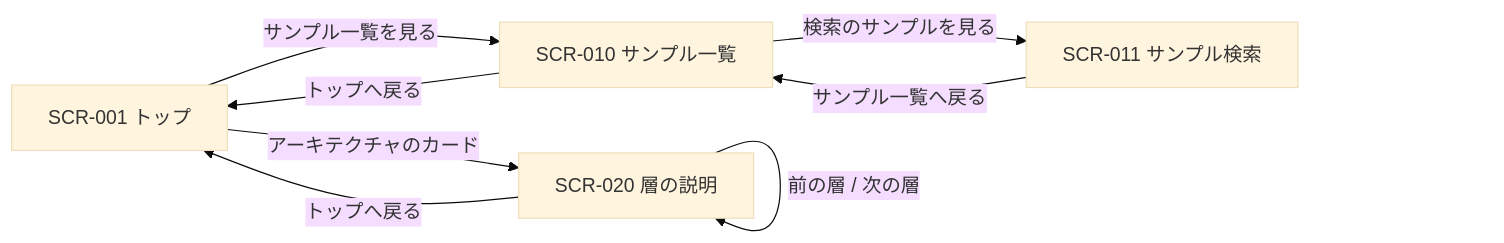
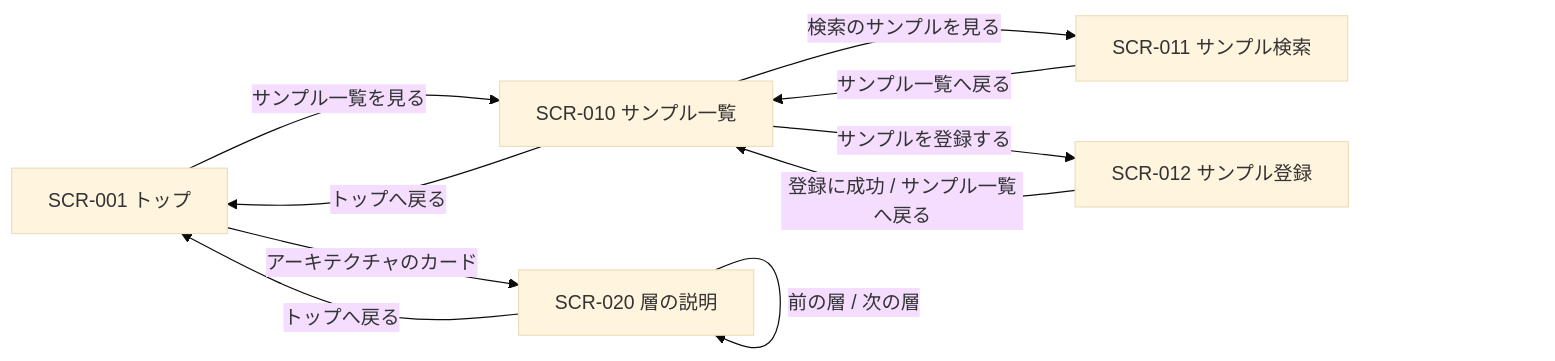
One commit to m-eiichi/next-dev-env changed the diagram in docs/01_全体設計/01_サイトマップ・画面一覧.md. Above: the diagram before and after it, drawn with Mermaid (base theme). The commit also changed other lines of this file and 74 other files, not shown here.

````diff
--- a/docs/01_全体設計/01_サイトマップ・画面一覧.md
+++ b/docs/01_全体設計/01_サイトマップ・画面一覧.md
@@ -39,14 +41,17 @@
 ```mermaid
 flowchart LR
   SCR001["SCR-001 トップ"]
   SCR010["SCR-010 サンプル一覧"]
   SCR001 -->|サンプル一覧を見る| SCR010
   SCR010 -->|トップへ戻る| SCR001
   SCR011["SCR-011 サンプル検索"]
   SCR010 -->|検索のサンプルを見る| SCR011
   SCR011 -->|サンプル一覧へ戻る| SCR010
+  SCR012["SCR-012 サンプル登録"]
+  SCR010 -->|サンプルを登録する| SCR012
+  SCR012 -->|登録に成功 / サンプル一覧へ戻る| SCR010
   SCR020["SCR-020 層の説明"]
   SCR001 -->|アーキテクチャのカード| SCR020
   SCR020 -->|前の層 / 次の層| SCR020
   SCR020 -->|トップへ戻る| SCR001
 ```
````
